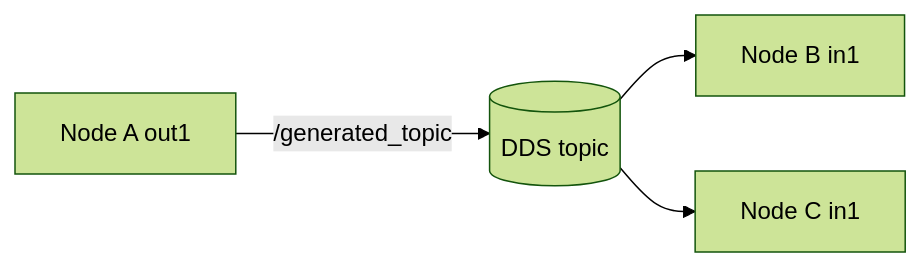
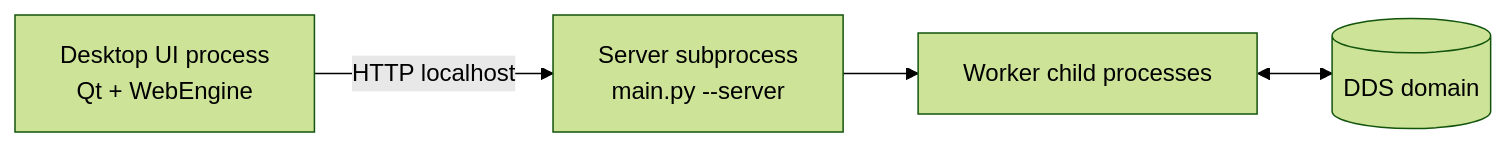
The third of 3 diagrams in ARCHITECTURE.md (tatsuyai713/lwrclpy-web-node-editor), drawn with Mermaid (forest theme) before and after one commit. The commit also changed other lines of this file and 16 other files, not shown here.

First line of the commit message:
feat: Introduce runtime execution management for lwrclpy Web Node Editor

````diff
--- a/ARCHITECTURE.md
+++ b/ARCHITECTURE.md
@@ -88,6 +124,11 @@
 ```mermaid
 flowchart LR
-  A[Node A out1] -->|/generated_topic| DDS[(DDS topic)]
-  DDS --> B[Node B in1]
-  DDS --> C[Node C in1]
+  UIProc[Desktop UI process\nQt + WebEngine]
+  SrvProc[Server subprocess\nmain.py --server]
+  Wrk[Worker child processes]
+  DDS[(DDS domain)]
+
+  UIProc -->|HTTP localhost| SrvProc
+  SrvProc --> Wrk
+  Wrk <--> DDS
 ```
````
